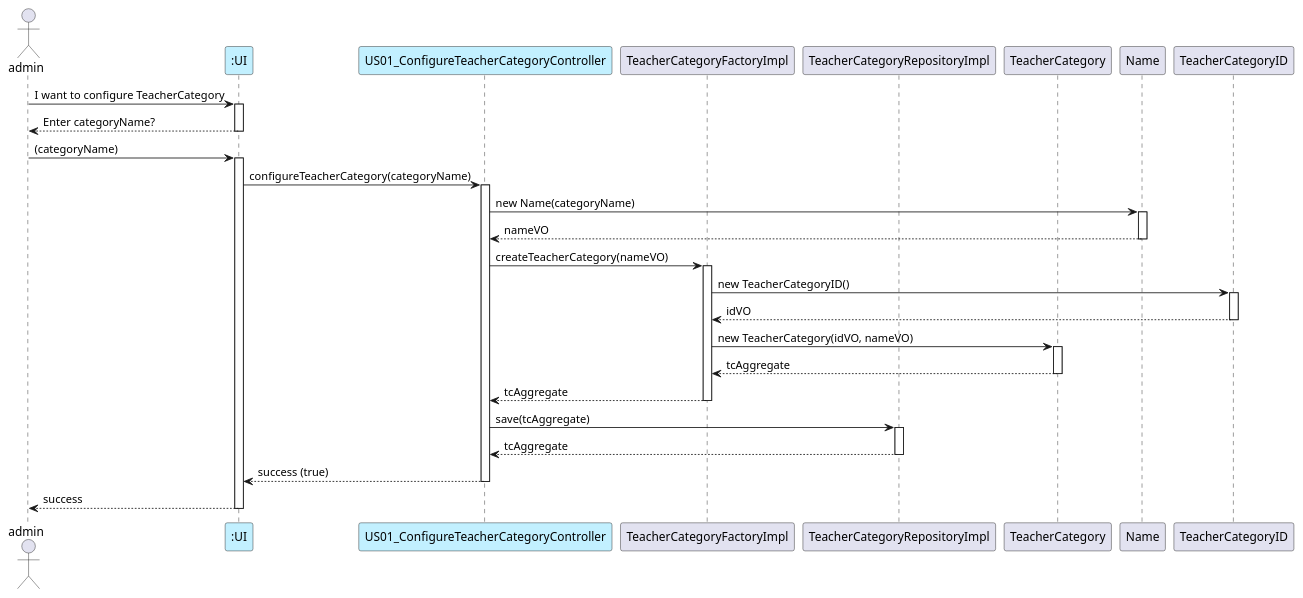
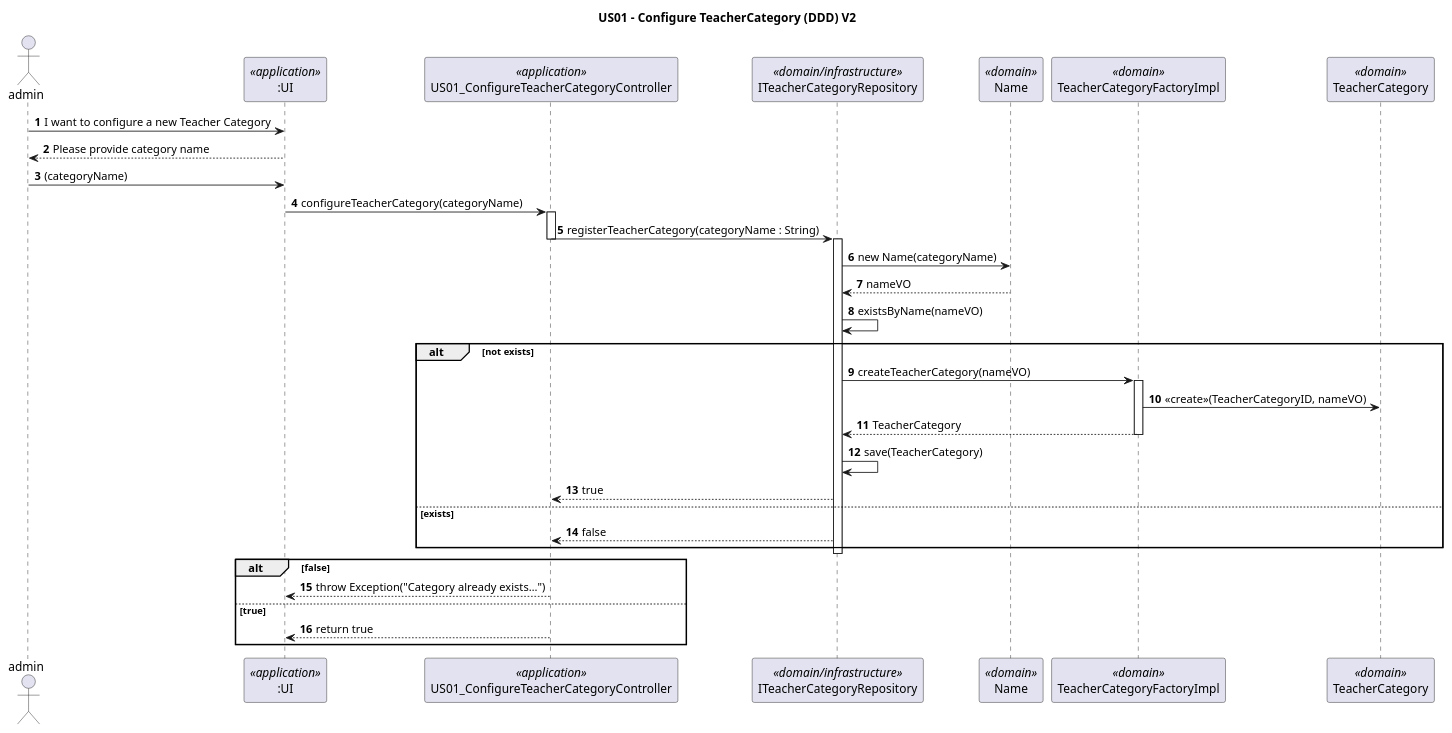
Before and after one commit to GasparISEP/DevOps-PAI: the diagram in docs/US01/US01_ConfigureTeacherCategoriesInSystem_SequenceDiagramDDD.puml, drawn with PlantUML. The commit also changed 6 other files, not shown here.

Commit message:
update repository teacher category

```diff
--- a/docs/US01/US01_ConfigureTeacherCategoriesInSystem_SequenceDiagramDDD.puml
+++ b/docs/US01/US01_ConfigureTeacherCategoriesInSystem_SequenceDiagramDDD.puml
@@ -1,43 +1,56 @@
 @startuml
+actor admin
+autonumber
+title US01 - Configure TeacherCategory (DDD) V2
 
-actor admin
-
-participant ":UI" as UI #application
-participant "US01_ConfigureTeacherCategoryController" as Controller #application
-participant "TeacherCategoryFactoryImpl" as Factory
-participant "TeacherCategoryRepositoryImpl" as Repository
-participant "TeacherCategory" as Aggregate
-participant "Name" as VOName
-participant "TeacherCategoryID" as VOId
+participant ":UI" as UI <<application>>
+participant US01_ConfigureTeacherCategoryController as Controller <<application>>
+participant ITeacherCategoryRepository as Repository <<domain/infrastructure>>
+participant Name as VOName <<domain>>
+participant TeacherCategoryFactoryImpl as Factory <<domain>>
+participant TeacherCategory as TC <<domain>>
 
 ' Step 1: Admin interacts with UI
-admin -> UI ++ : I want to configure TeacherCategory
-UI --> admin -- : Enter categoryName?
+admin -> UI : I want to configure a new Teacher Category
+UI --> admin : Please provide category name
 
-admin -> UI ++ : (categoryName)
-UI -> Controller ++ : configureTeacherCategory(categoryName)
+admin -> UI : (categoryName)
+UI -> Controller : configureTeacherCategory(categoryName)
 
-' Step 2: Controller creates Name VO and delegates to Factory
-Controller -> VOName ++ : new Name(categoryName)
-VOName --> Controller -- : nameVO
+' Step 2: Controller delegates VO creation & persistence to Repository
+activate Controller
+Controller -> Repository : registerTeacherCategory(categoryName : String)
+deactivate Controller
 
-Controller -> Factory ++ : createTeacherCategory(nameVO)
+' Step 3: Repository creates Name VO
+activate Repository
+Repository -> VOName : new Name(categoryName)
+VOName --> Repository : nameVO
 
-' Step 3: Factory creates ID and Aggregate
-Factory -> VOId ++ : new TeacherCategoryID()
-VOId --> Factory -- : idVO
+' Step 4: Repository checks duplicates
+Repository -> Repository : existsByName(nameVO)
+alt not exists
+    ' Step 5: Repository creates aggregate via Factory
+    Repository -> Factory : createTeacherCategory(nameVO)
+    activate Factory
+    Factory -> TC : «create»(TeacherCategoryID, nameVO)
+    Factory --> Repository : TeacherCategory
+    deactivate Factory
 
-Factory -> Aggregate ++ : new TeacherCategory(idVO, nameVO)
-Aggregate --> Factory -- : tcAggregate
+    ' Step 6: Repository saves the aggregate
+    Repository -> Repository : save(TeacherCategory)
+    Repository --> Controller : true
+else exists
+    Repository --> Controller : false
+end
+deactivate Repository
 
-Factory --> Controller -- : tcAggregate
-
-' Step 4: Controller persists aggregate through repository
-Controller -> Repository ++ : save(tcAggregate)
-Repository --> Controller -- : tcAggregate
-
-' Step 5: Return to UI and admin
-Controller --> UI -- : success (true)
-UI --> admin -- : success
-
+' Step 7: Controller handles result
+activate Controller
+alt false
+    Controller --> UI : throw Exception("Category already exists…")
+else true
+    Controller --> UI : return true
+end
+deactivate Controller
 @enduml
```
